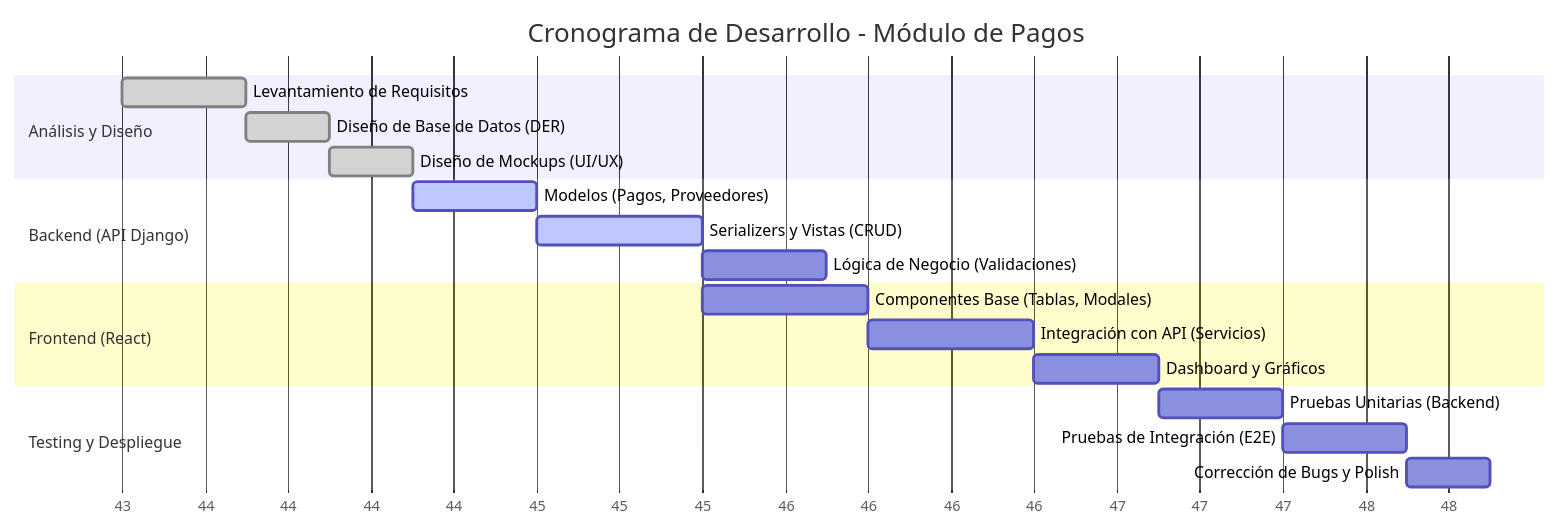
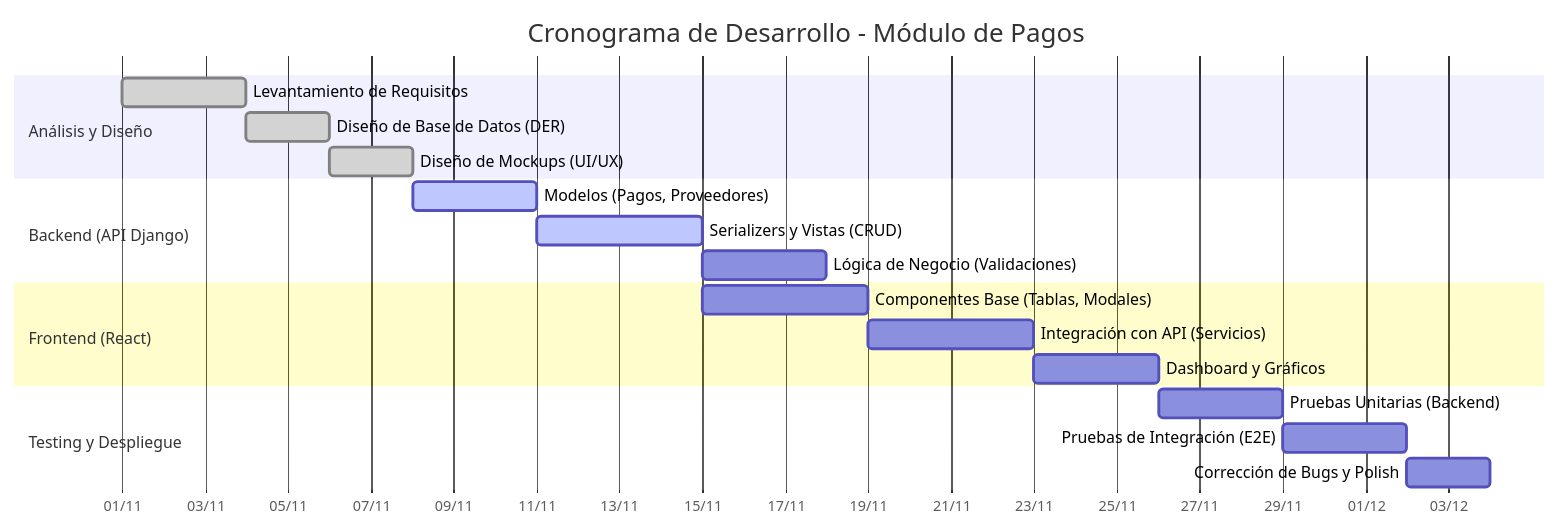
The first of 2 diagrams in README.md (Inacap-Analistas-programador/IngSw-seccion1), drawn with Mermaid before and after one commit. The commit also changed other lines of this file and 2 other files, not shown here.

````diff
--- a/README.md
+++ b/README.md
@@ -55,26 +52,26 @@
 ```mermaid
 gantt
     title Cronograma de Desarrollo - Módulo de Pagos
     dateFormat  YYYY-MM-DD
-    axisFormat  %W
+    axisFormat  %d/%m
 
     section Análisis y Diseño
     Levantamiento de Requisitos       :done,    des1, 2025-11-01, 3d
     Diseño de Base de Datos (DER)     :done,    des2, after des1, 2d
     Diseño de Mockups (UI/UX)         :done,    des3, after des2, 2d
 
     section Backend (API Django)
     Modelos (Pagos, Proveedores)      :active,  dev1, 2025-11-08, 3d
     Serializers y Vistas (CRUD)       :active,  dev2, after dev1, 4d
     Lógica de Negocio (Validaciones)  :         dev3, after dev2, 3d
 
     section Frontend (React)
     Componentes Base (Tablas, Modales):         front1, 2025-11-15, 4d
     Integración con API (Servicios)   :         front2, after front1, 4d
     Dashboard y Gráficos              :         front3, after front2, 3d
 
     section Testing y Despliegue
     Pruebas Unitarias (Backend)       :         test1, 2025-11-26, 3d
     Pruebas de Integración (E2E)      :         test2, after test1, 3d
     Corrección de Bugs y Polish       :         test3, after test2, 2d
 ```
````
